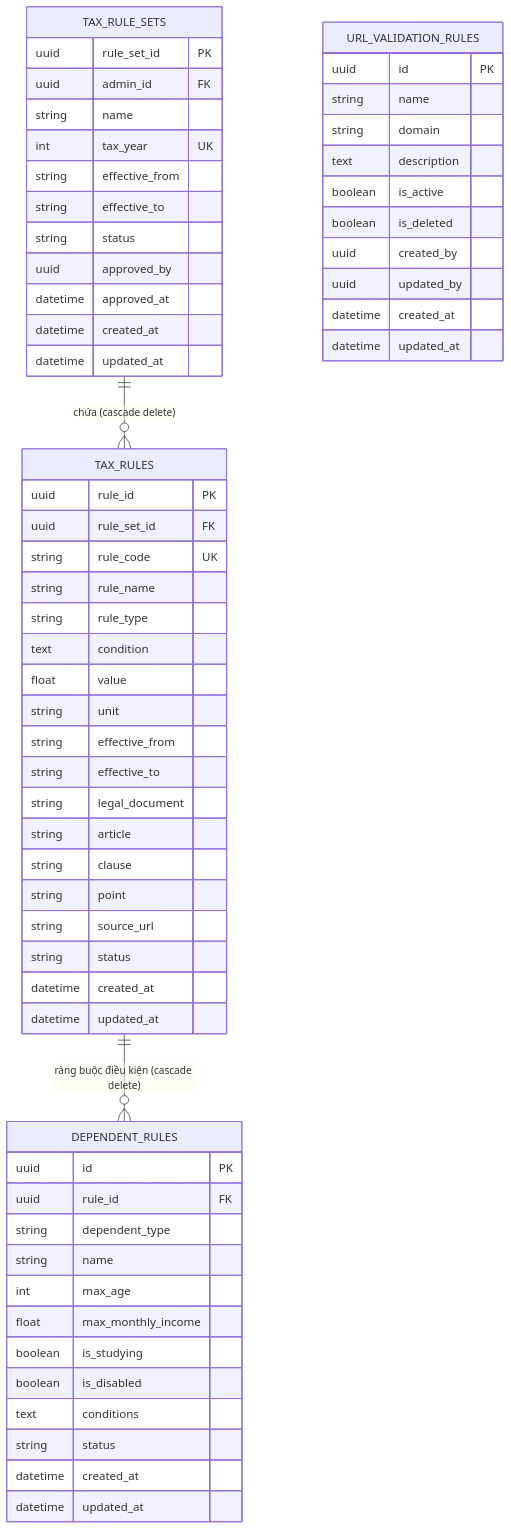
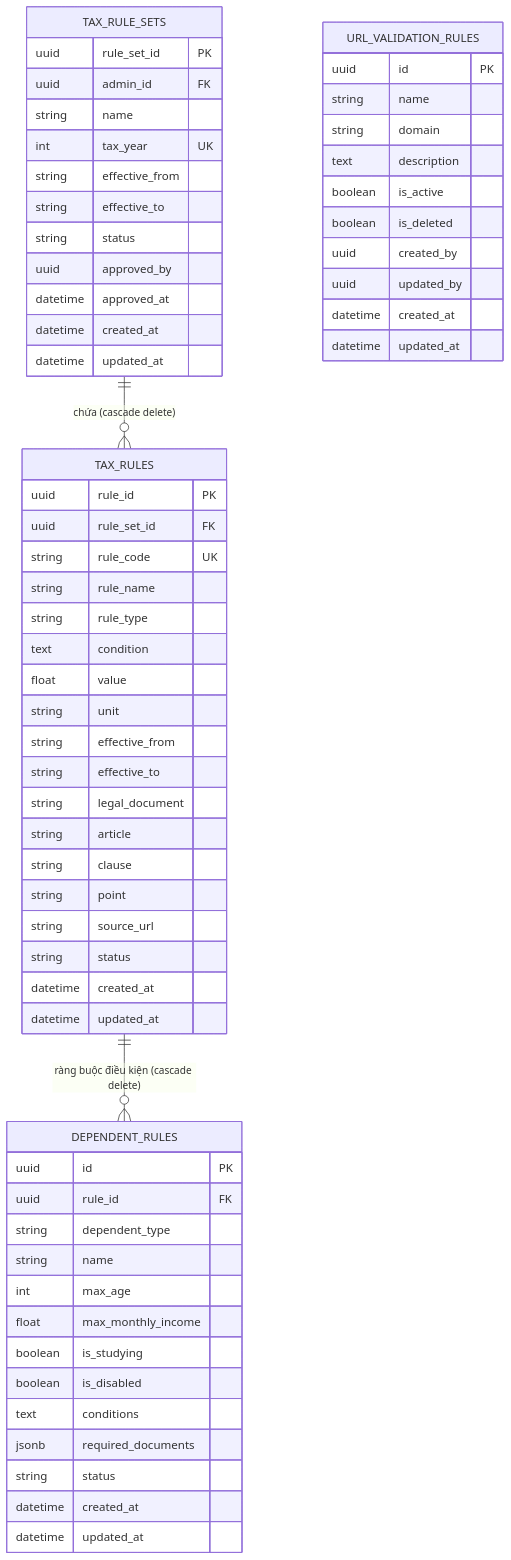
Before and after one commit to CodeCafeChillBoys/TaxKeepVNAIService: the diagram in TaxAIService/docs/SPEC_UPLOAD_TAX_RULE_AI_EXTRACTION.md, drawn with Mermaid. The commit also changed other lines of this file and 19 other files, not shown here.

````diff
--- a/TaxAIService/docs/SPEC_UPLOAD_TAX_RULE_AI_EXTRACTION.md
+++ b/TaxAIService/docs/SPEC_UPLOAD_TAX_RULE_AI_EXTRACTION.md
@@ -161,69 +189,70 @@
 ```mermaid
 erDiagram
     TAX_RULE_SETS ||--o{ TAX_RULES : "chứa (cascade delete)"
     TAX_RULES ||--o{ DEPENDENT_RULES : "ràng buộc điều kiện (cascade delete)"
     URL_VALIDATION_RULES
 
     TAX_RULE_SETS {
         uuid rule_set_id PK
         uuid admin_id FK
         string name
         int tax_year UK
         string effective_from
         string effective_to
         string status
         uuid approved_by
         datetime approved_at
         datetime created_at
         datetime updated_at
     }
 
     TAX_RULES {
         uuid rule_id PK
         uuid rule_set_id FK
         string rule_code UK
         string rule_name
         string rule_type
         text condition
         float value
         string unit
         string effective_from
         string effective_to
         string legal_document
         string article
         string clause
         string point
         string source_url
         string status
         datetime created_at
         datetime updated_at
     }
 
     DEPENDENT_RULES {
         uuid id PK
         uuid rule_id FK
         string dependent_type
         string name
         int max_age
         float max_monthly_income
         boolean is_studying
         boolean is_disabled
         text conditions
+        jsonb required_documents
         string status
         datetime created_at
         datetime updated_at
     }
 
     URL_VALIDATION_RULES {
         uuid id PK
         string name
         string domain
         text description
         boolean is_active
         boolean is_deleted
         uuid created_by
         uuid updated_by
         datetime created_at
         datetime updated_at
     }
 ```
````
